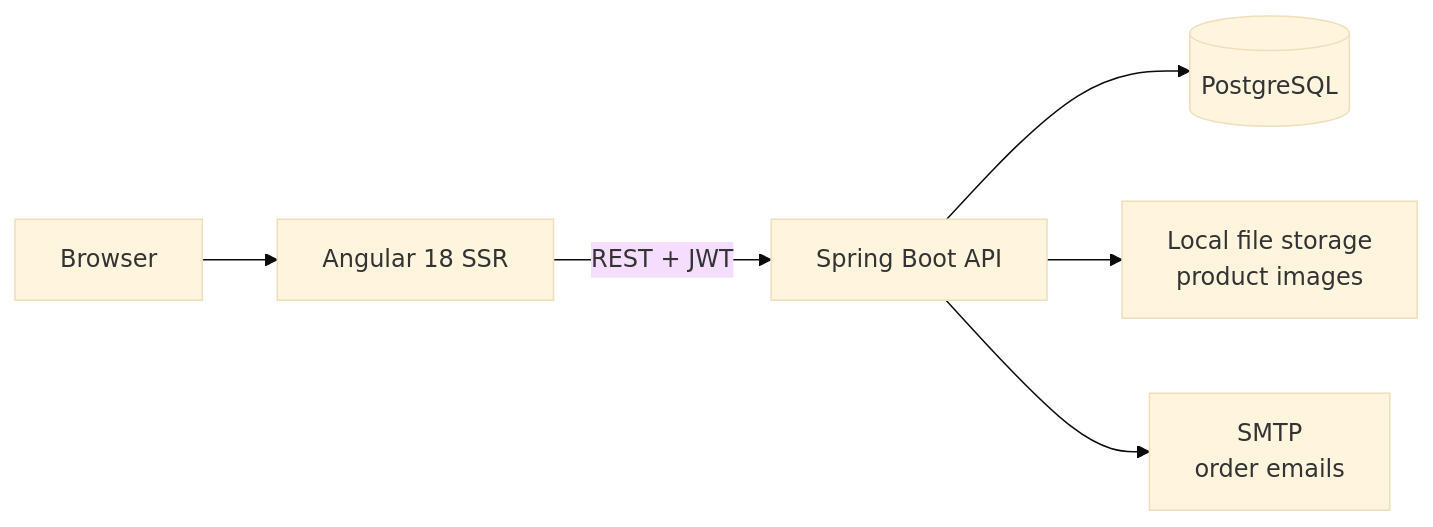
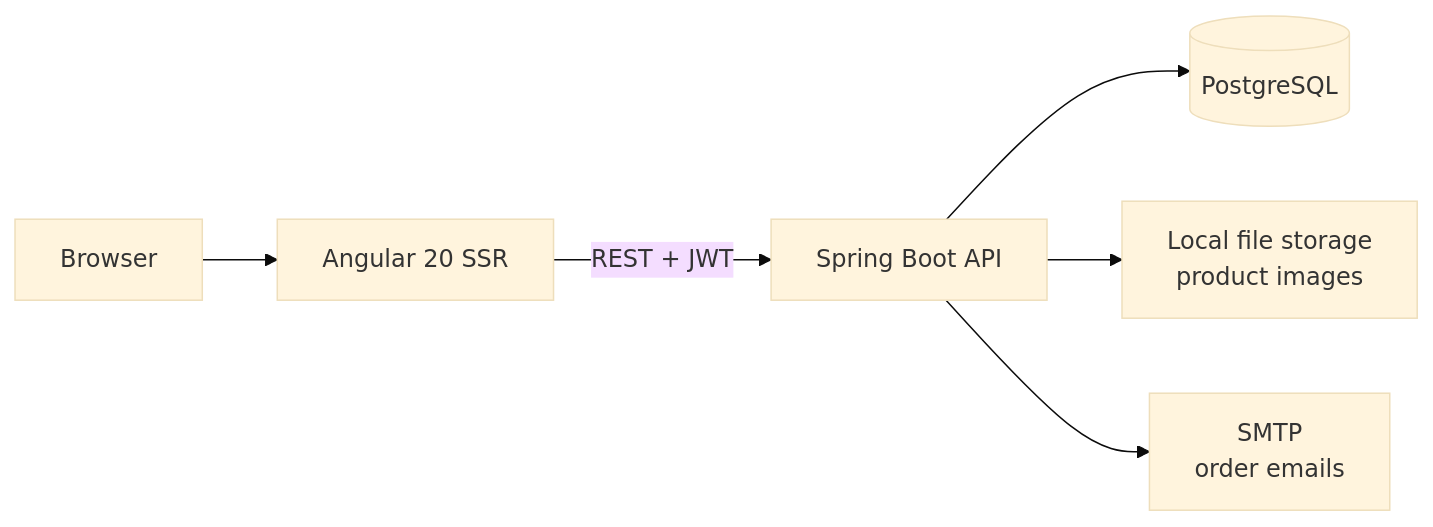
The first of 2 diagrams in README.md (DavidDevlo/ECM_ecomerce_monolito), drawn with Mermaid (base theme) before and after one commit. The commit also changed other lines of this file and 2 other files, not shown here.

````diff
--- a/README.md
+++ b/README.md
@@ -48,8 +50,8 @@
 ```mermaid
 flowchart LR
-    U[Browser] --> F[Angular 18 SSR]
+    U[Browser] --> F[Angular 20 SSR]
     F -->|REST + JWT| B[Spring Boot API]
     B --> D[(PostgreSQL)]
     B --> S[Local file storage<br/>product images]
     B --> M[SMTP<br/>order emails]
 ```
````
